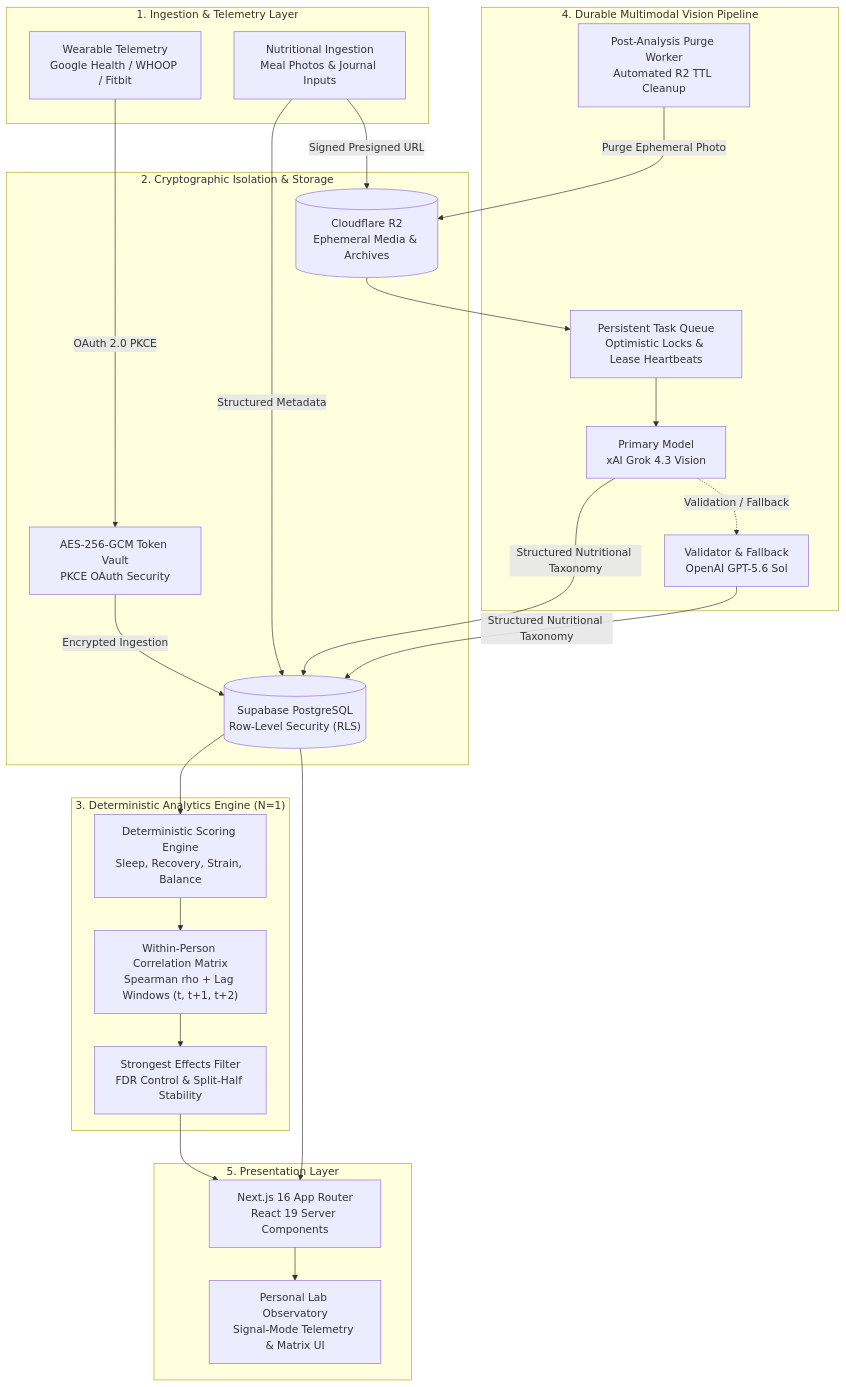
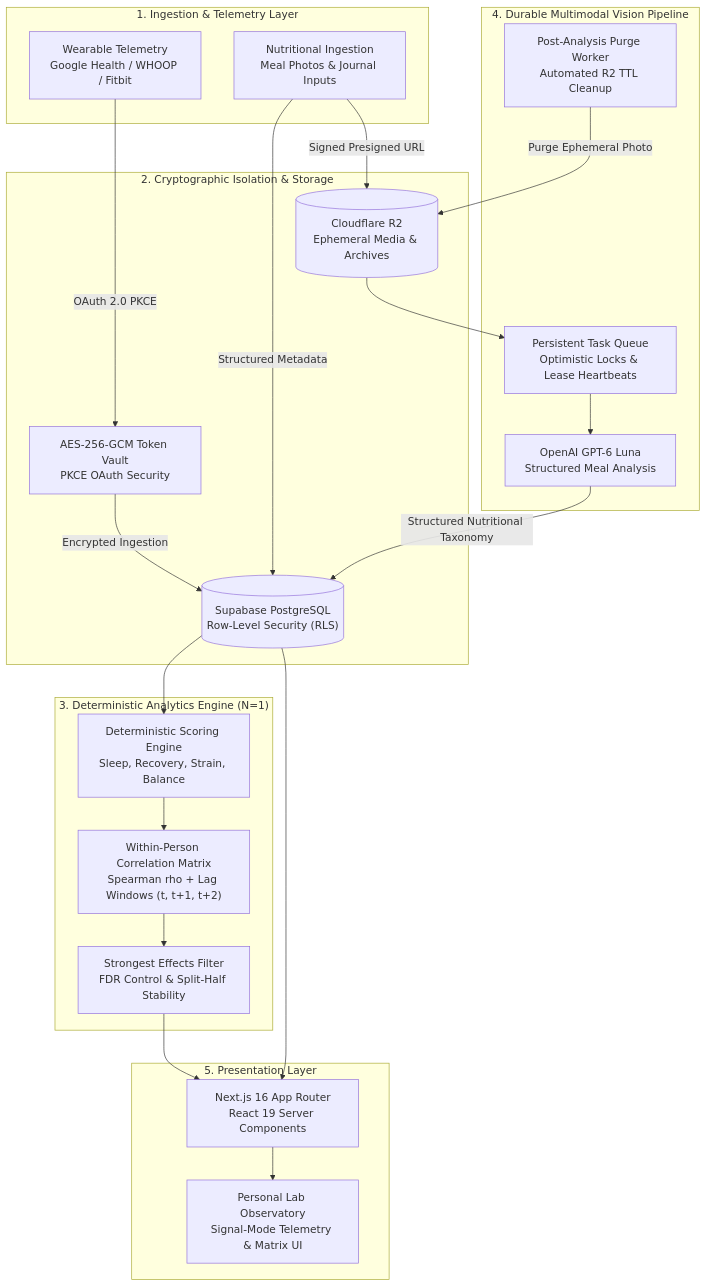
Before and after one commit to Matahari165/soma: the diagram in README.md, drawn with Mermaid. The commit also changed other lines of this file and 1 other file, not shown here.

Commit message:
Document GPT-6 Luna across Soma AI paths

````diff
--- a/README.md
+++ b/README.md
@@ -45,51 +45,48 @@
 ```mermaid
 flowchart TD
     subgraph Ingestion["1. Ingestion & Telemetry Layer"]
         WH["Wearable Telemetry<br/>Google Health / WHOOP / Fitbit"]
         CAM["Nutritional Ingestion<br/>Meal Photos & Journal Inputs"]
     end
 
     subgraph Security["2. Cryptographic Isolation & Storage"]
         AES["AES-256-GCM Token Vault<br/>PKCE OAuth Security"]
         PG[("Supabase PostgreSQL<br/>Row-Level Security (RLS)")]
         R2[("Cloudflare R2<br/>Ephemeral Media & Archives")]
     end
 
     subgraph Analytics["3. Deterministic Analytics Engine (N=1)"]
         DET["Deterministic Scoring Engine<br/>Sleep, Recovery, Strain, Balance"]
         CORR["Within-Person Correlation Matrix<br/>Spearman rho + Lag Windows (t, t+1, t+2)"]
         SE["Strongest Effects Filter<br/>FDR Control & Split-Half Stability"]
     end
 
     subgraph Vision["4. Durable Multimodal Vision Pipeline"]
         WQ["Persistent Task Queue<br/>Optimistic Locks & Lease Heartbeats"]
-        GROK["Primary Model<br/>xAI Grok 4.3 Vision"]
-        GPT["Validator & Fallback<br/>OpenAI GPT-5.6 Sol"]
+        GPT["OpenAI GPT-6 Luna<br/>Structured Meal Analysis"]
         PURGE["Post-Analysis Purge Worker<br/>Automated R2 TTL Cleanup"]
     end
 
     subgraph Presentation["5. Presentation Layer"]
         RSC["Next.js 16 App Router<br/>React 19 Server Components"]
         UI["Personal Lab Observatory<br/>Signal-Mode Telemetry & Matrix UI"]
     end
 
     WH -->|"OAuth 2.0 PKCE"| AES
     AES -->|"Encrypted Ingestion"| PG
     CAM -->|"Signed Presigned URL"| R2
     CAM -->|"Structured Metadata"| PG
 
     PG --> DET
     DET --> CORR
     CORR --> SE
 
     R2 --> WQ
-    WQ --> GROK
-    GROK -.->|"Validation / Fallback"| GPT
-    GROK -->|"Structured Nutritional Taxonomy"| PG
+    WQ --> GPT
     GPT -->|"Structured Nutritional Taxonomy"| PG
     PURGE -->|"Purge Ephemeral Photo"| R2
 
     SE --> RSC
     PG --> RSC
     RSC --> UI
 ```
````
